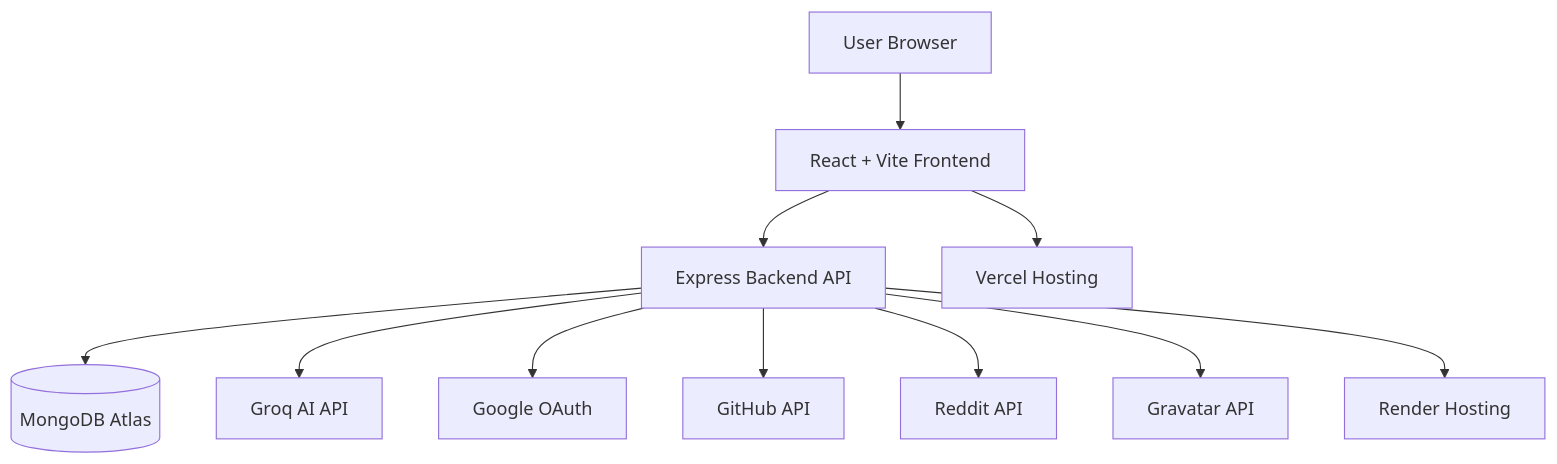
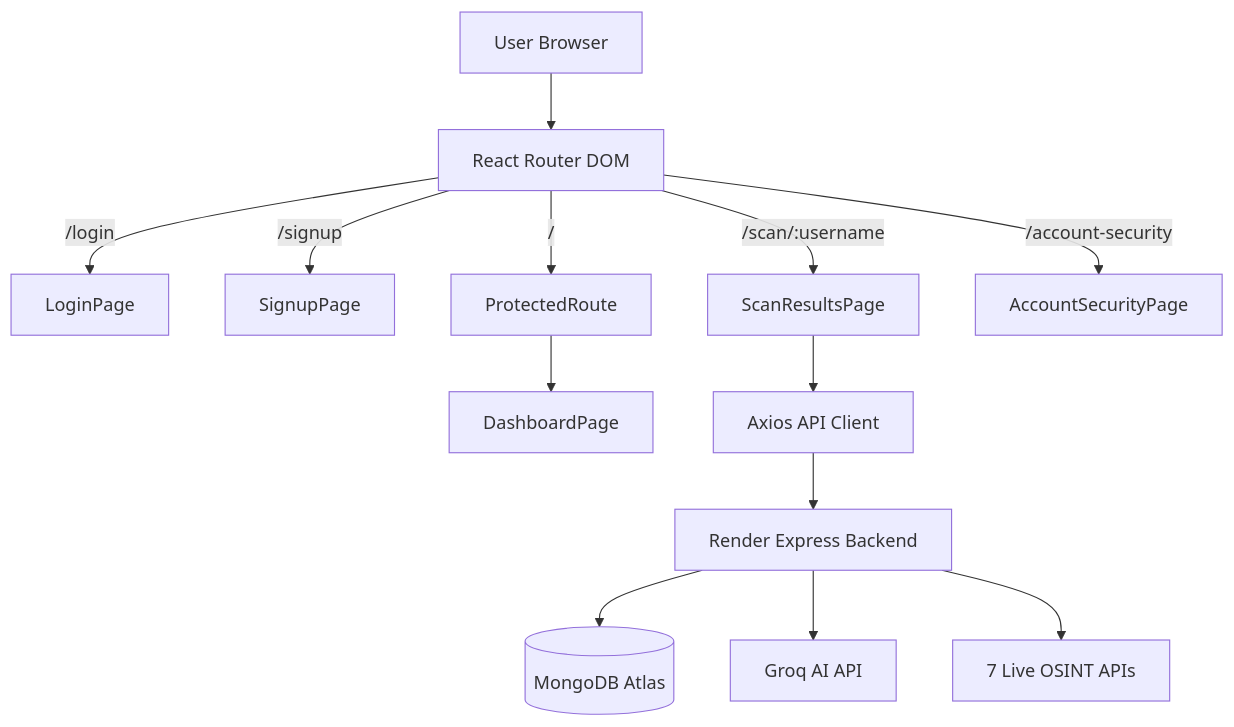
The diagram in README.md (ankitrmishra01/OpenTrace), drawn with Mermaid before and after one commit. The commit also changed other lines of this file, not shown here.

Commit message:
docs: update README.md with latest React Router architecture, server-side google-auth-library OAuth verification, and 7 OSINT integrations

````diff
--- a/README.md
+++ b/README.md
@@ -133,17 +102,17 @@
 ```mermaid
 graph TD
+    User[User Browser] --> Router[React Router DOM]
+    Router -->|/login| LoginPage
+    Router -->|/signup| SignupPage
+    Router -->|/| ProtectedRoute
+    Router -->|/scan/:username| ScanResultsPage
+    Router -->|/account-security| AccountSecurityPage
 
-A[User Browser] --> B[React + Vite Frontend]
-B --> C[Express Backend API]
-
-C --> D[(MongoDB Atlas)]
-C --> E[Groq AI API]
-
-C --> F[Google OAuth]
-C --> G[GitHub API]
-C --> H[Reddit API]
-C --> I[Gravatar API]
-
-B --> J[Vercel Hosting]
-C --> K[Render Hosting]
+    ProtectedRoute --> DashboardPage
+    
+    ScanResultsPage --> APIClient[Axios API Client]
+    APIClient --> Render[Render Express Backend]
+    Render --> Mongo[(MongoDB Atlas)]
+    Render --> Groq[Groq AI API]
+    Render --> OSINT[7 Live OSINT APIs]
 ```
````
